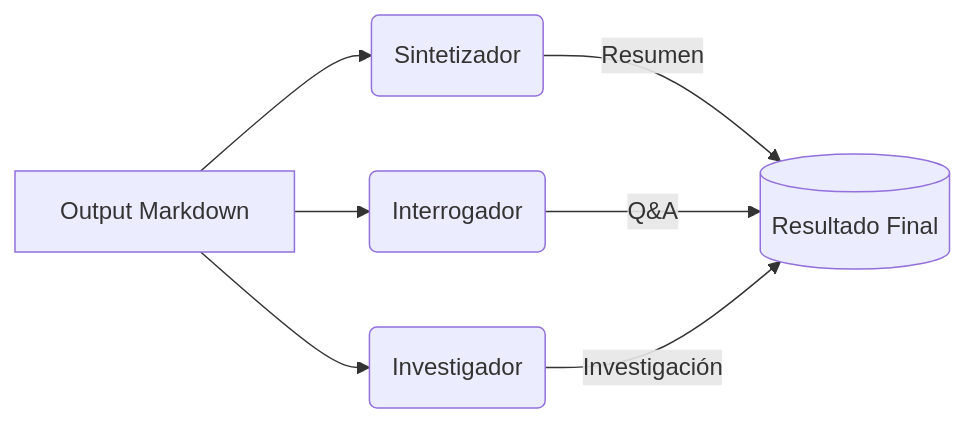
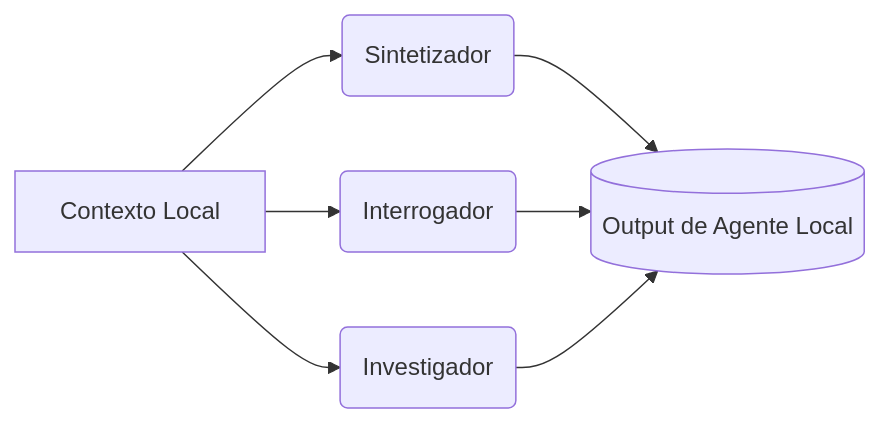
One commit to JoaquinCaparros711/NotebookUm changed the diagram in AGENTS.md. Above: the diagram before and after it, drawn with Mermaid. The commit also changed other lines of this file and 4 other files, not shown here.

````diff
--- a/AGENTS.md
+++ b/AGENTS.md
@@ -5,10 +13,10 @@
 ```mermaid
 flowchart LR
-    A[Output Markdown] --> B(Sintetizador)
+    A[Contexto Local] --> B(Sintetizador)
     A --> C(Interrogador)
     A --> D(Investigador)
     
-    B -->|Resumen| E[(Resultado Final)]
-    C -->|Q&A| E
-    D -->|Investigación| E
+    B --> E[(Output de Agente Local)]
+    C --> E
+    D --> E
 ```
````
